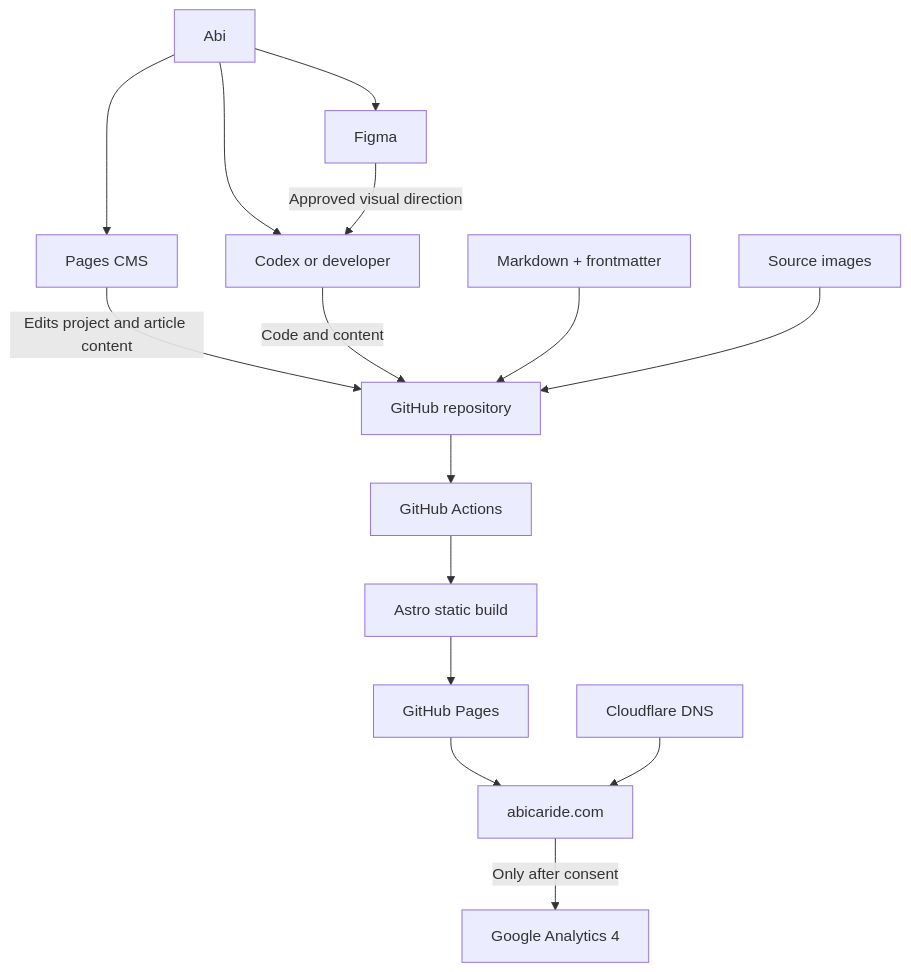
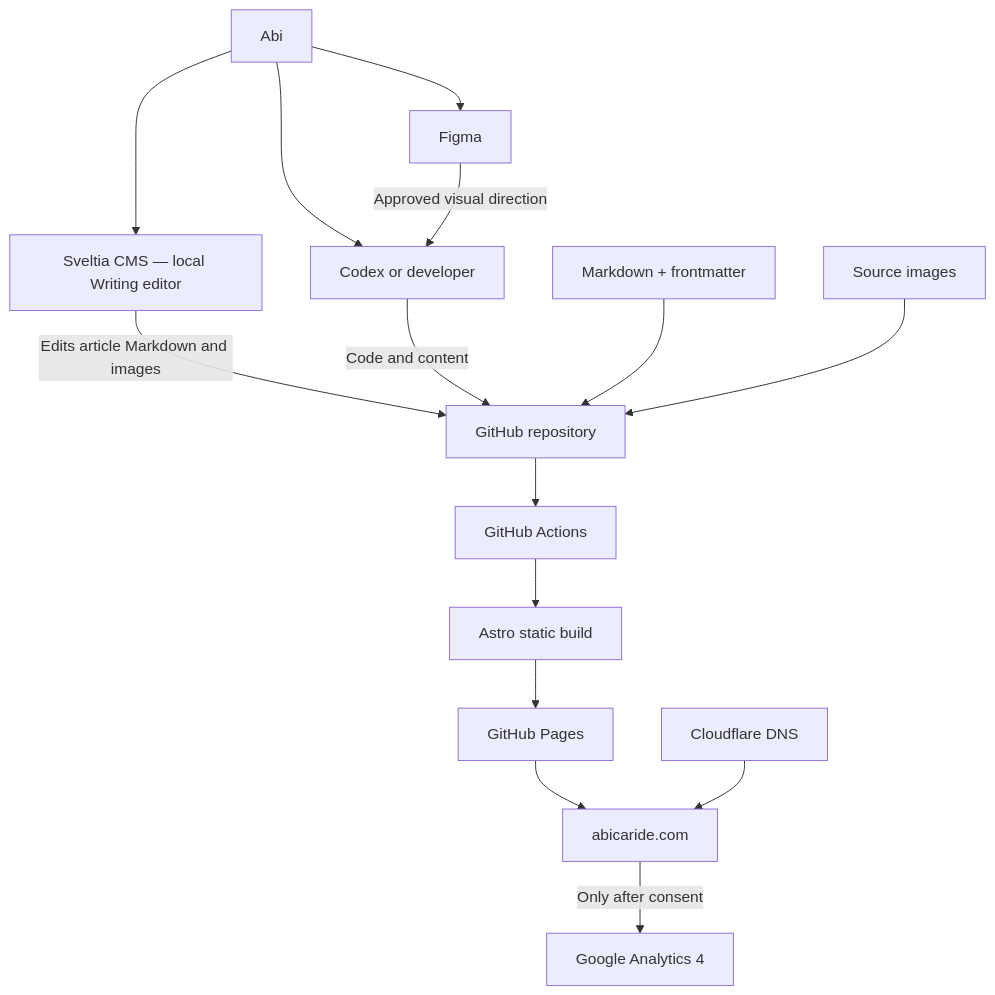
One commit to abicaride/abicaride.com changed the first of 7 diagrams in docs/ARCHITECTURE.md. Above: the diagram before and after it, drawn with Mermaid. The commit also changed other lines of this file and 34 other files, not shown here.

Commit message:
feat: adopt local Sveltia writing workflow

````diff
--- a/docs/ARCHITECTURE.md
+++ b/docs/ARCHITECTURE.md
@@ -66,17 +66,17 @@
 ```mermaid
 flowchart TD
     ABI["Abi"] --> FIGMA["Figma"]
     ABI --> EDIT["Codex or developer"]
-    ABI --> CMS["Pages CMS"]
+    ABI --> CMS["Sveltia CMS — local Writing editor"]
     FIGMA -->|"Approved visual direction"| EDIT
-    CMS -->|"Edits project and article content"| REPO
+    CMS -->|"Edits article Markdown and images"| REPO
     EDIT -->|"Code and content"| REPO["GitHub repository"]
     CONTENT["Markdown + frontmatter"] --> REPO
     ASSETS["Source images"] --> REPO
     REPO --> ACTIONS["GitHub Actions"]
     ACTIONS --> BUILD["Astro static build"]
     BUILD --> PAGES["GitHub Pages"]
     PAGES --> SITE["abicaride.com"]
     DNS["Cloudflare DNS"] --> SITE
     SITE -->|"Only after consent"| GA["Google Analytics 4"]
 ```
````
